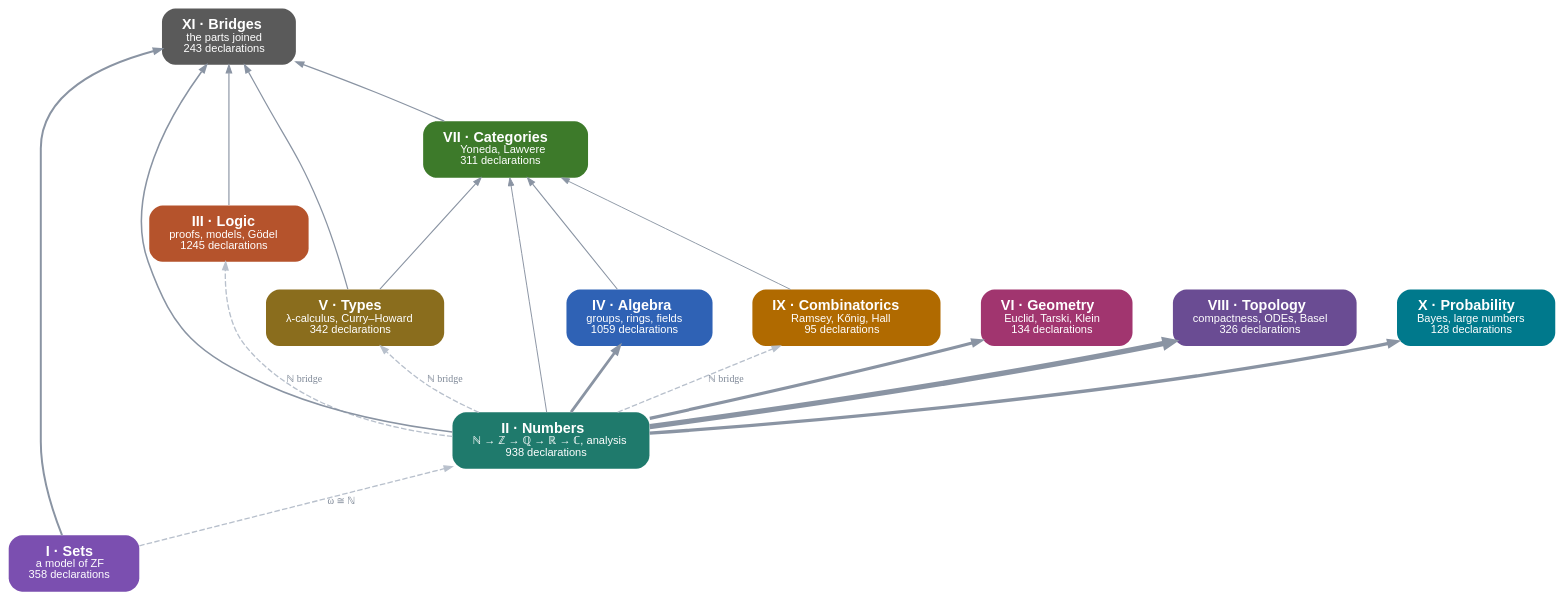
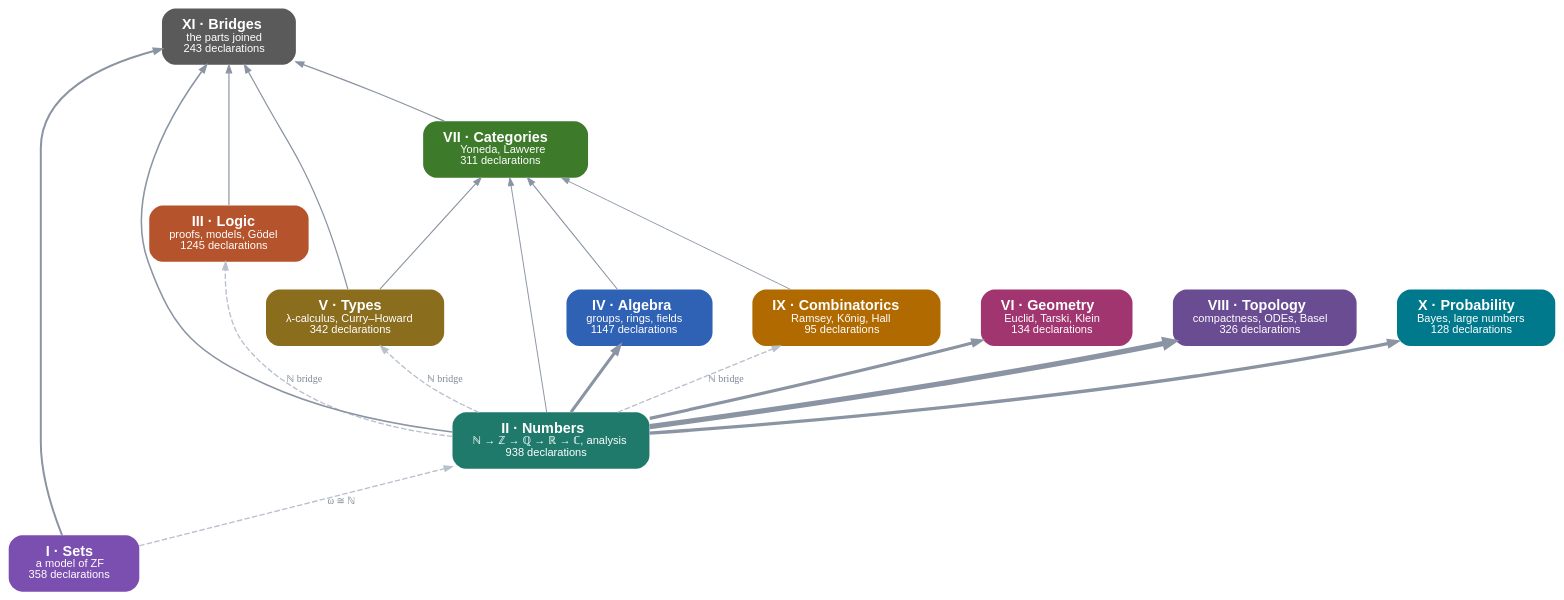
One commit to damianspendel/foundations changed the diagram in site/dist/parts.dot. Above: the diagram before and after it, drawn with Graphviz. The commit also changed 21 other files, not shown here.

```diff
--- a/site/dist/parts.dot
+++ b/site/dist/parts.dot
@@ -1,33 +1,33 @@
 digraph parts {
 rankdir=BT; bgcolor="transparent"; nodesep=0.5; ranksep=0.7;
 node [shape=box, style="rounded,filled", fontname="Helvetica", fontsize=13, penwidth=0, margin="0.25,0.12"];
 edge [color="#8a94a3", arrowsize=0.7];
 "Sets" [label=<<b>I · Sets</b><br/><font point-size="10">a model of ZF<br/>358 declarations</font>>, fillcolor="#7b4fb0", fontcolor="white"];
 "Numbers" [label=<<b>II · Numbers</b><br/><font point-size="10">ℕ → ℤ → ℚ → ℝ → ℂ, analysis<br/>938 declarations</font>>, fillcolor="#1f7a6c", fontcolor="white"];
 "Logic" [label=<<b>III · Logic</b><br/><font point-size="10">proofs, models, Gödel<br/>1245 declarations</font>>, fillcolor="#b5532c", fontcolor="white"];
-"Algebra" [label=<<b>IV · Algebra</b><br/><font point-size="10">groups, rings, fields<br/>1059 declarations</font>>, fillcolor="#2f62b5", fontcolor="white"];
+"Algebra" [label=<<b>IV · Algebra</b><br/><font point-size="10">groups, rings, fields<br/>1147 declarations</font>>, fillcolor="#2f62b5", fontcolor="white"];
 "Types" [label=<<b>V · Types</b><br/><font point-size="10">λ-calculus, Curry–Howard<br/>342 declarations</font>>, fillcolor="#8a6d1d", fontcolor="white"];
 "Geometry" [label=<<b>VI · Geometry</b><br/><font point-size="10">Euclid, Tarski, Klein<br/>134 declarations</font>>, fillcolor="#a1356f", fontcolor="white"];
 "Categories" [label=<<b>VII · Categories</b><br/><font point-size="10">Yoneda, Lawvere<br/>311 declarations</font>>, fillcolor="#3d7a2a", fontcolor="white"];
 "Topology" [label=<<b>VIII · Topology</b><br/><font point-size="10">compactness, ODEs, Basel<br/>326 declarations</font>>, fillcolor="#6a4c93", fontcolor="white"];
 "Combinatorics" [label=<<b>IX · Combinatorics</b><br/><font point-size="10">Ramsey, Kőnig, Hall<br/>95 declarations</font>>, fillcolor="#b06a00", fontcolor="white"];
 "Probability" [label=<<b>X · Probability</b><br/><font point-size="10">Bayes, large numbers<br/>128 declarations</font>>, fillcolor="#00798c", fontcolor="white"];
 "Bridges" [label=<<b>XI · Bridges</b><br/><font point-size="10">the parts joined<br/>243 declarations</font>>, fillcolor="#5a5a5a", fontcolor="white"];
 "Algebra" -> "Categories" [penwidth=0.98, tooltip="23 uses of Algebra in Categories"];
 "Categories" -> "Bridges" [penwidth=1.13, tooltip="82 uses of Categories in Bridges"];
 "Combinatorics" -> "Categories" [penwidth=0.84, tooltip="1 uses of Combinatorics in Categories"];
 "Logic" -> "Bridges" [penwidth=1.04, tooltip="42 uses of Logic in Bridges"];
-"Numbers" -> "Algebra" [penwidth=2.48, tooltip="2105 uses of Numbers in Algebra"];
+"Numbers" -> "Algebra" [penwidth=2.84, tooltip="3114 uses of Numbers in Algebra"];
 "Numbers" -> "Bridges" [penwidth=1.40, tooltip="267 uses of Numbers in Bridges"];
 "Numbers" -> "Categories" [penwidth=0.88, tooltip="5 uses of Numbers in Categories"];
 "Numbers" -> "Geometry" [penwidth=2.87, tooltip="3189 uses of Numbers in Geometry"];
 "Numbers" -> "Probability" [penwidth=3.01, tooltip="3662 uses of Numbers in Probability"];
 "Numbers" -> "Topology" [penwidth=4.80, tooltip="11945 uses of Numbers in Topology"];
 "Sets" -> "Bridges" [penwidth=1.79, tooltip="738 uses of Sets in Bridges"];
 "Types" -> "Bridges" [penwidth=1.11, tooltip="73 uses of Types in Bridges"];
 "Types" -> "Categories" [penwidth=0.97, tooltip="21 uses of Types in Categories"];
 "Sets" -> "Numbers" [style=dashed, color="#b8c0cc", penwidth=1.2, label=<<font point-size="9" color="#7d8796">ω ≅ ℕ</font>>];
 "Numbers" -> "Logic" [style=dashed, color="#b8c0cc", penwidth=1.2, label=<<font point-size="9" color="#7d8796">ℕ bridge</font>>];
 "Numbers" -> "Types" [style=dashed, color="#b8c0cc", penwidth=1.2, label=<<font point-size="9" color="#7d8796">ℕ bridge</font>>];
 "Numbers" -> "Combinatorics" [style=dashed, color="#b8c0cc", penwidth=1.2, label=<<font point-size="9" color="#7d8796">ℕ bridge</font>>];
 }
```
